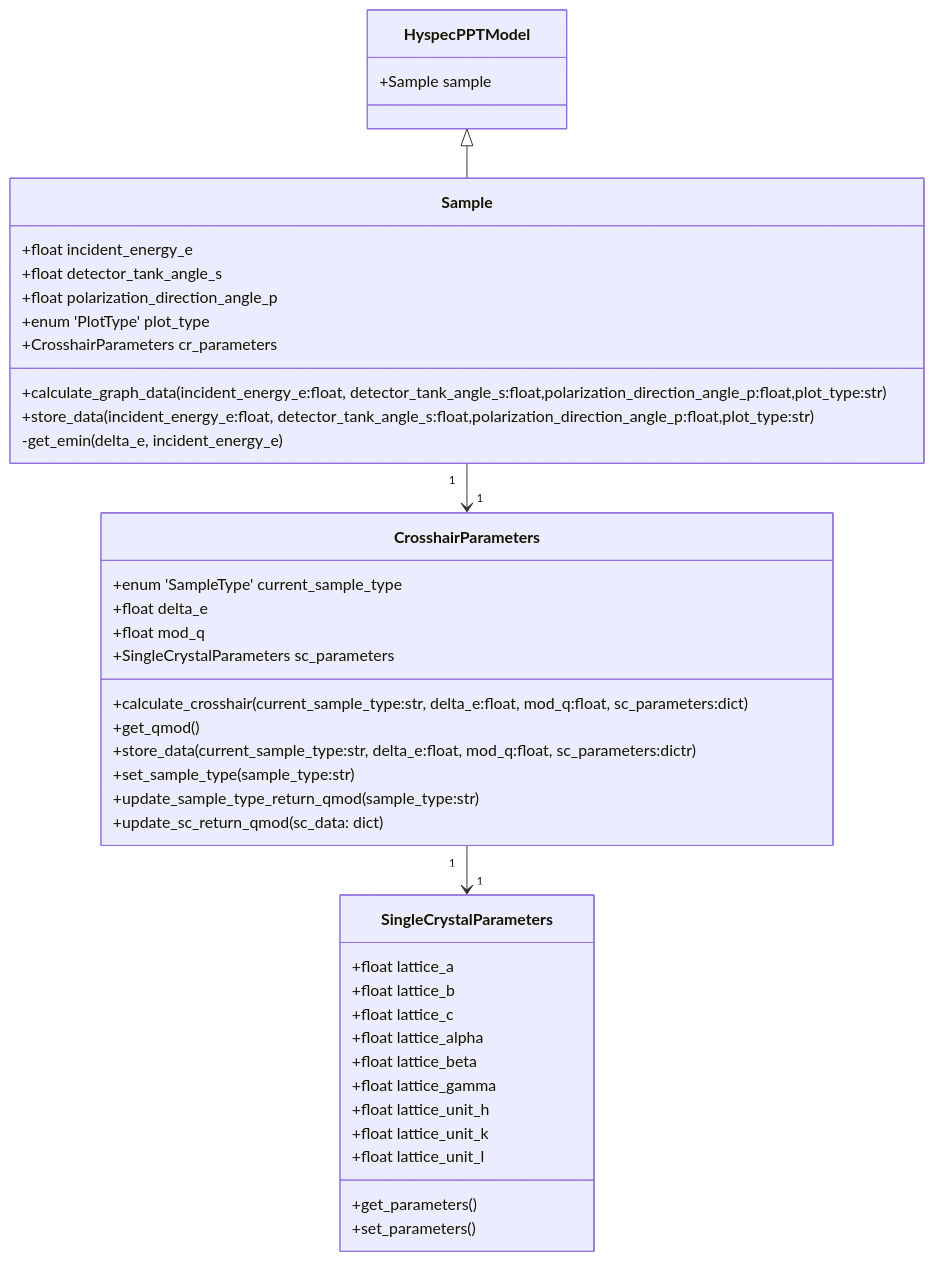
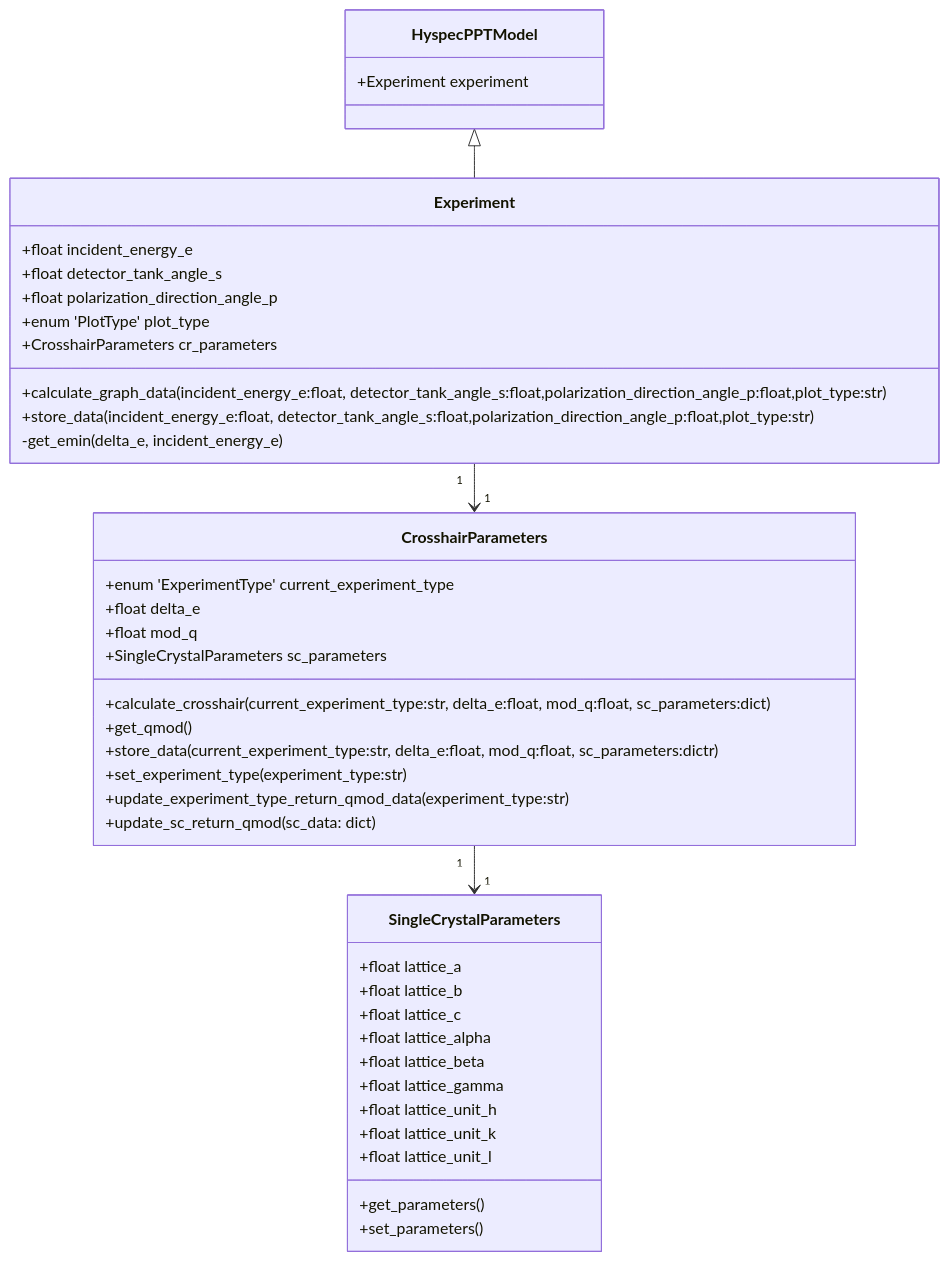
Before and after one commit to neutrons/hyspecppt: the first of 13 diagrams in docs/source/design/hyspecpptclasses.rst, drawn with Mermaid. The commit also changed other lines of this file and 1 other file, not shown here.

Commit message:
sample renamed to experiment, single crystal type worflow update and other based on discussion

```diff
--- a/docs/source/design/hyspecpptclasses.rst
+++ b/docs/source/design/hyspecpptclasses.rst
@@ -15,50 +15,50 @@
 .. mermaid::
 
  classDiagram
-    HyspecPPTModel <|-- Sample
-    Sample "1" -->"1" CrosshairParameters
+    HyspecPPTModel <|-- Experiment
+    Experiment "1" -->"1" CrosshairParameters
     CrosshairParameters "1" -->"1" SingleCrystalParameters
 
 
     class HyspecPPTModel{
-        +Sample sample
+        +Experiment experiment
     }
 
-    class Sample{
+    class Experiment{
         +float incident_energy_e
         +float detector_tank_angle_s
         +float polarization_direction_angle_p
         +enum 'PlotType' plot_type
         +CrosshairParameters cr_parameters
         +calculate_graph_data(incident_energy_e:float, detector_tank_angle_s:float,polarization_direction_angle_p:float,plot_type:str)
         +store_data(incident_energy_e:float, detector_tank_angle_s:float,polarization_direction_angle_p:float,plot_type:str)
         -get_emin(delta_e, incident_energy_e)
     }
 
 
     class CrosshairParameters{
-        +enum 'SampleType' current_sample_type
+        +enum 'ExperimentType' current_experiment_type
         +float delta_e
         +float mod_q
         +SingleCrystalParameters sc_parameters
-        +calculate_crosshair(current_sample_type:str, delta_e:float, mod_q:float, sc_parameters:dict)
+        +calculate_crosshair(current_experiment_type:str, delta_e:float, mod_q:float, sc_parameters:dict)
         +get_qmod()
-        +store_data(current_sample_type:str, delta_e:float, mod_q:float, sc_parameters:dictr)
-        +set_sample_type(sample_type:str)
-        +update_sample_type_return_qmod(sample_type:str)
+        +store_data(current_experiment_type:str, delta_e:float, mod_q:float, sc_parameters:dictr)
+        +set_experiment_type(experiment_type:str)
+        +update_experiment_type_return_qmod_data(experiment_type:str)
         +update_sc_return_qmod(sc_data: dict)
     }
 
     class SingleCrystalParameters{
         +float lattice_a
         +float lattice_b
         +float lattice_c
         +float lattice_alpha
         +float lattice_beta
         +float lattice_gamma
         +float lattice_unit_h
         +float lattice_unit_k
         +float lattice_unit_l
         +get_parameters()
         +set_parameters()
     }
```
